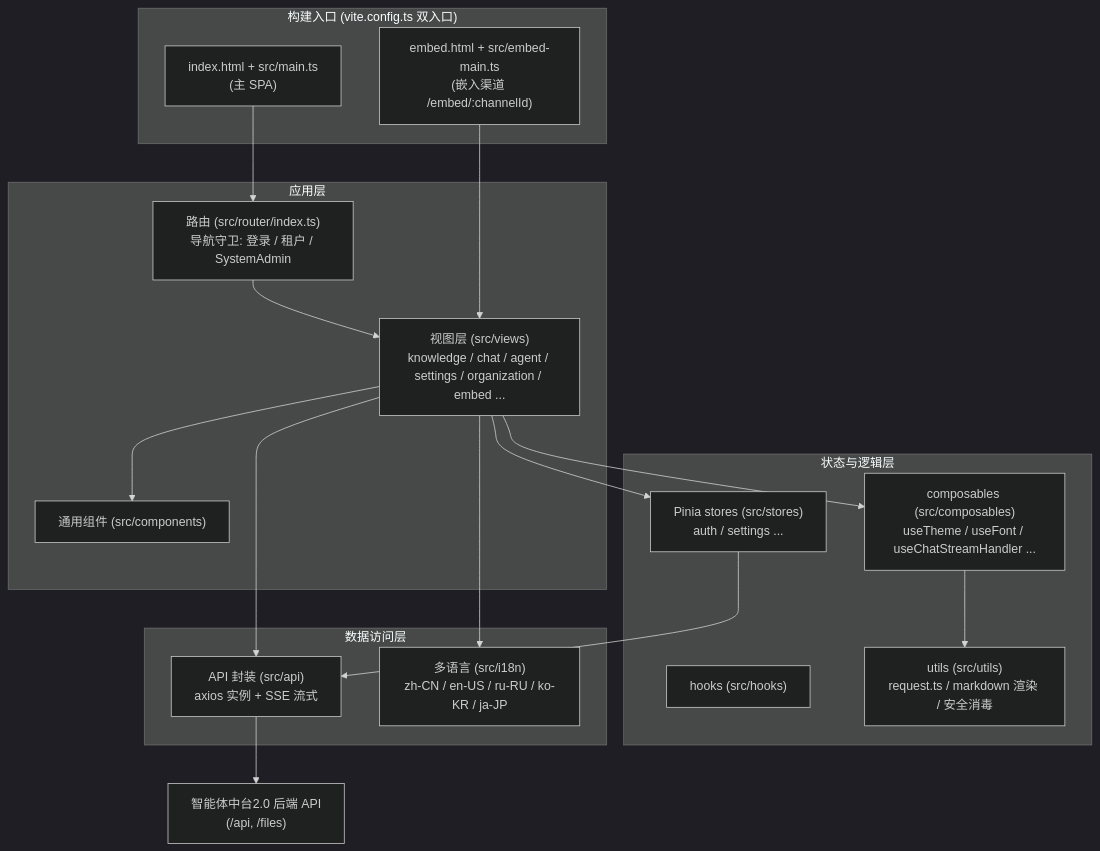
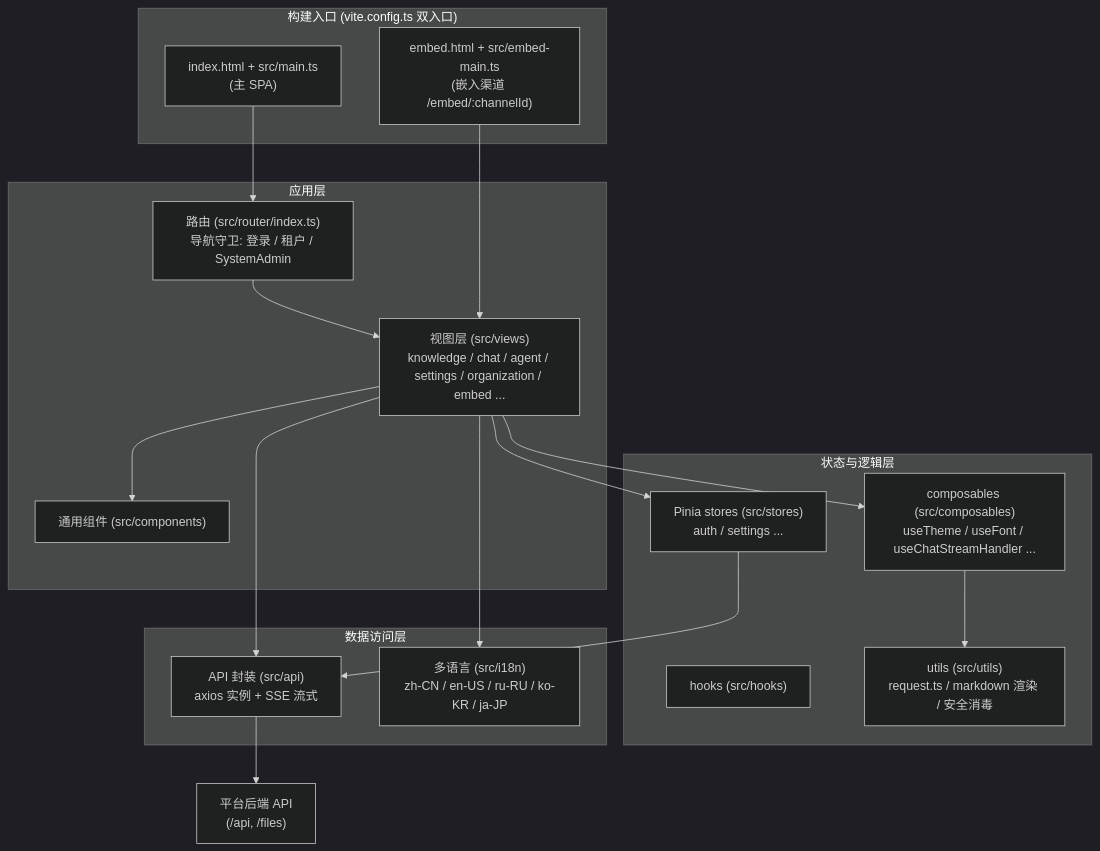
Before and after one commit to qinlei131479/WeKnora: the diagram in apps/docs/05-clients/01-frontend.md, drawn with Mermaid (dark theme). The commit also changed other lines of this file and 58 other files, not shown here.

````diff
--- a/apps/docs/05-clients/01-frontend.md
+++ b/apps/docs/05-clients/01-frontend.md
@@ -37,38 +37,38 @@
 ```mermaid
 flowchart TB
     subgraph entries["构建入口 (vite.config.ts 双入口)"]
         MAIN["index.html + src/main.ts<br/>(主 SPA)"]
         EMBED["embed.html + src/embed-main.ts<br/>(嵌入渠道 /embed/:channelId)"]
     end
 
     subgraph app["应用层"]
         ROUTER["路由 (src/router/index.ts)<br/>导航守卫: 登录 / 租户 / SystemAdmin"]
         VIEWS["视图层 (src/views)<br/>knowledge / chat / agent / settings / organization / embed ..."]
         COMP["通用组件 (src/components)"]
     end
 
     subgraph state["状态与逻辑层"]
         STORES["Pinia stores (src/stores)<br/>auth / settings ..."]
         COMPOSABLES["composables (src/composables)<br/>useTheme / useFont / useChatStreamHandler ..."]
         HOOKS["hooks (src/hooks)"]
         UTILS["utils (src/utils)<br/>request.ts / markdown 渲染 / 安全消毒"]
     end
 
     subgraph io["数据访问层"]
         API["API 封装 (src/api)<br/>axios 实例 + SSE 流式"]
         I18N["多语言 (src/i18n)<br/>zh-CN / en-US / ru-RU / ko-KR / ja-JP"]
     end
 
-    BACKEND["智能体中台2.0 后端 API<br/>(/api, /files)"]
+    BACKEND["平台后端 API<br/>(/api, /files)"]
 
     MAIN --> ROUTER --> VIEWS
     EMBED --> VIEWS
     VIEWS --> COMP
     VIEWS --> STORES
     VIEWS --> COMPOSABLES
     COMPOSABLES --> UTILS
     STORES --> API
     VIEWS --> API
     API --> BACKEND
     VIEWS --> I18N
 ```
````
